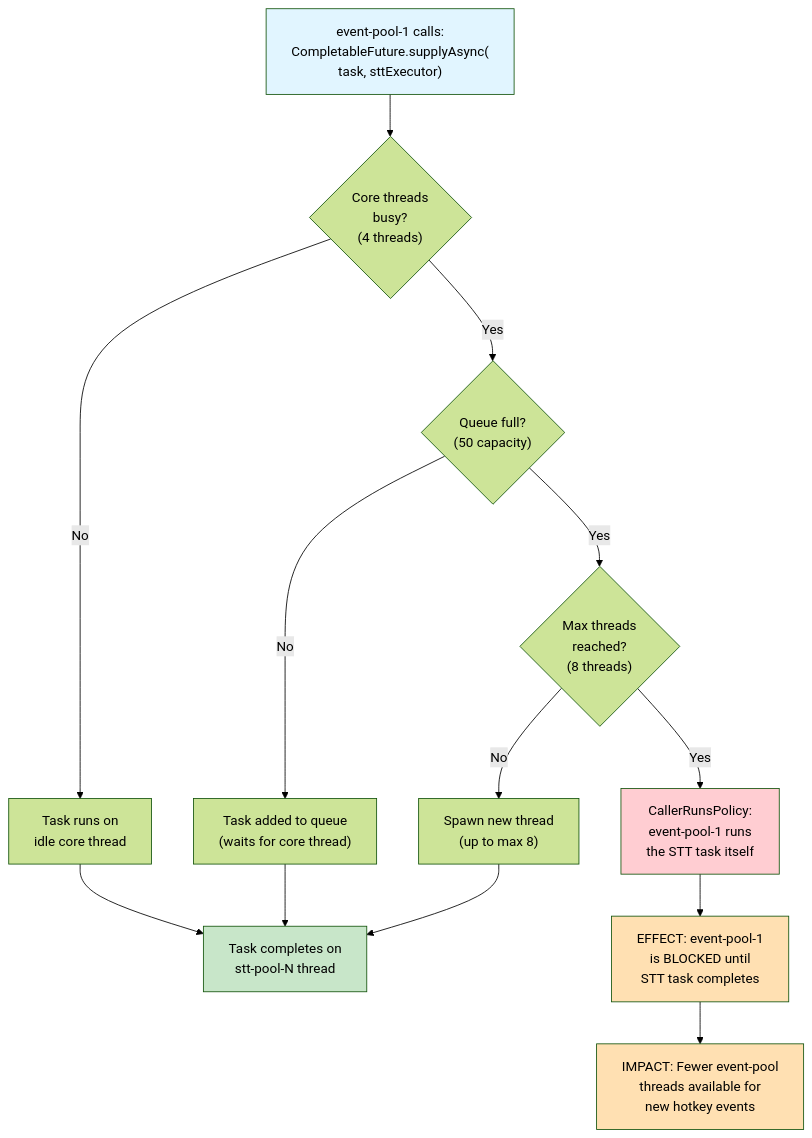
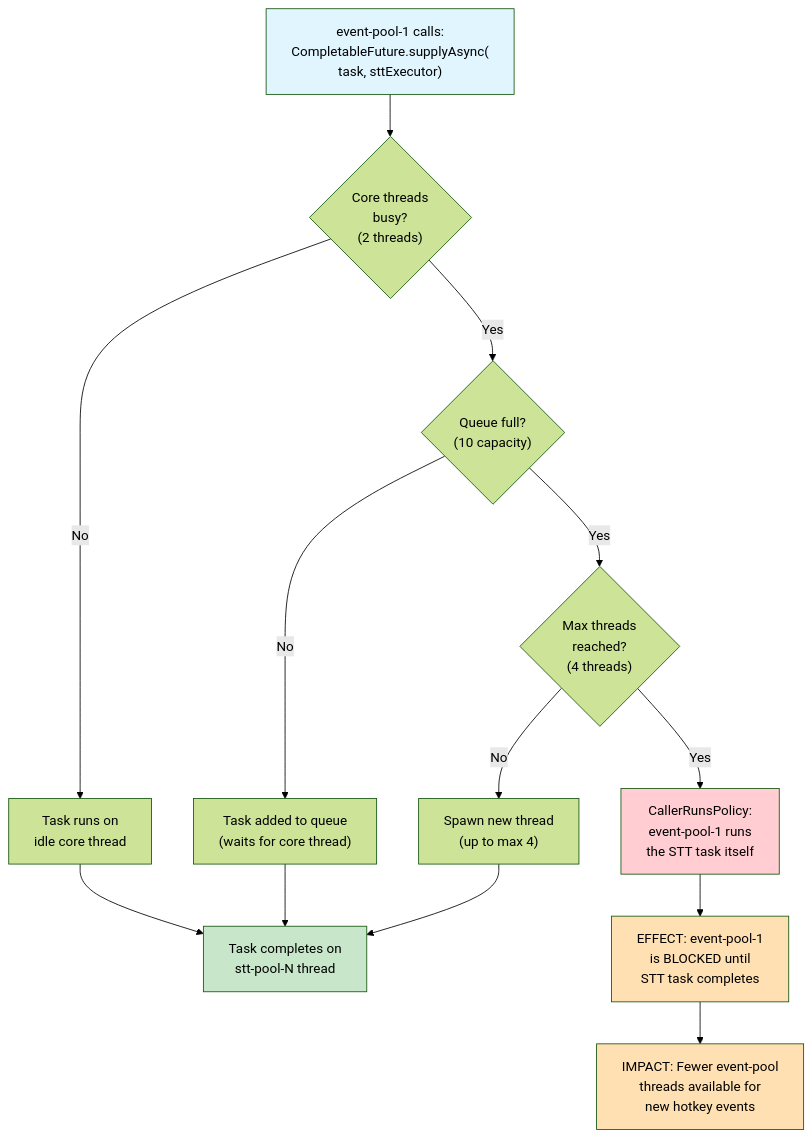
The fifth of 7 diagrams in docs/diagrams/async-threading-model.md (phillippitts/speakToMack), drawn with Mermaid (forest theme) before and after one commit. The commit also changed other lines of this file and 499 other files, not shown here.

````diff
--- a/docs/diagrams/async-threading-model.md
+++ b/docs/diagrams/async-threading-model.md
@@ -317,32 +317,32 @@
 ```mermaid
 flowchart TB
     Submit["event-pool-1 calls:<br/>CompletableFuture.supplyAsync(<br/>task, sttExecutor)"]
 
-    Submit --> CheckCore{"Core threads<br/>busy?<br/>(4 threads)"}
+    Submit --> CheckCore{"Core threads<br/>busy?<br/>(2 threads)"}
 
     CheckCore -->|"No"| RunCore["Task runs on<br/>idle core thread"]
 
-    CheckCore -->|"Yes"| CheckQueue{"Queue full?<br/>(50 capacity)"}
+    CheckCore -->|"Yes"| CheckQueue{"Queue full?<br/>(10 capacity)"}
 
     CheckQueue -->|"No"| Enqueue["Task added to queue<br/>(waits for core thread)"]
 
-    CheckQueue -->|"Yes"| CheckMax{"Max threads<br/>reached?<br/>(8 threads)"}
+    CheckQueue -->|"Yes"| CheckMax{"Max threads<br/>reached?<br/>(4 threads)"}
 
-    CheckMax -->|"No"| SpawnThread["Spawn new thread<br/>(up to max 8)"]
+    CheckMax -->|"No"| SpawnThread["Spawn new thread<br/>(up to max 4)"]
 
     CheckMax -->|"Yes"| CallerRuns["CallerRunsPolicy:<br/>event-pool-1 runs<br/>the STT task itself"]
 
     CallerRuns --> Backpressure["EFFECT: event-pool-1<br/>is BLOCKED until<br/>STT task completes"]
 
     Backpressure --> Impact["IMPACT: Fewer event-pool<br/>threads available for<br/>new hotkey events"]
 
     RunCore --> Done["Task completes on<br/>stt-pool-N thread"]
     Enqueue --> Done
     SpawnThread --> Done
 
     style Submit fill:#e1f5ff
     style CallerRuns fill:#ffcdd2
     style Backpressure fill:#ffe0b2
     style Impact fill:#ffe0b2
     style Done fill:#c8e6c9
 ```
````
